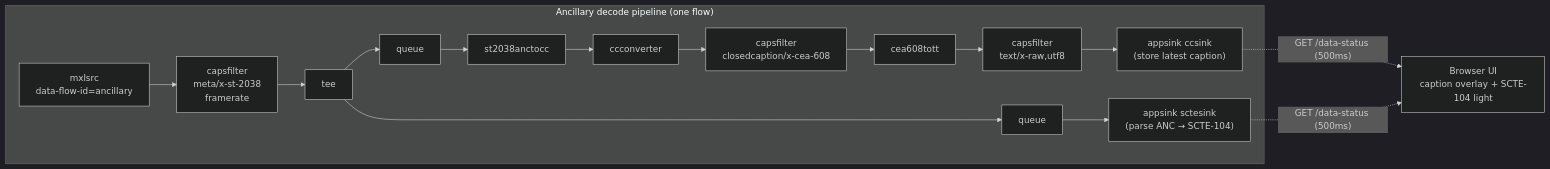
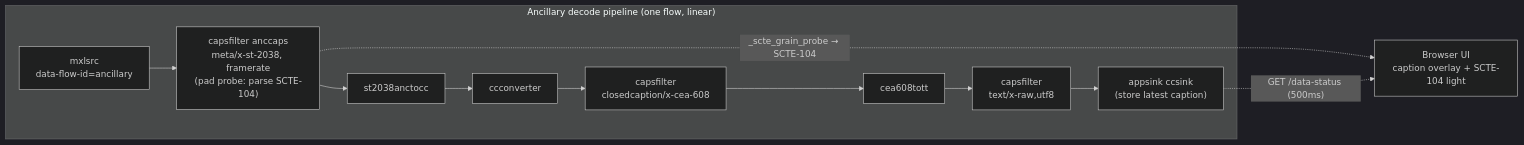
The fourth of 8 diagrams in gst-apps/gstreamer-pipeline.md (cbcrc/mxl-hands-on), drawn with Mermaid (dark theme) before and after one commit. The commit also changed other lines of this file and 4 other files, not shown here.

````diff
--- a/gst-apps/gstreamer-pipeline.md
+++ b/gst-apps/gstreamer-pipeline.md
@@ -376,24 +400,18 @@
 ```mermaid
 flowchart LR
-    subgraph anc_pipeline["Ancillary decode pipeline (one flow)"]
+    subgraph anc_pipeline["Ancillary decode pipeline (one flow, linear)"]
         ancsrc["mxlsrc\ndata-flow-id=ancillary"]
-        anccaps["capsfilter\nmeta/x-st-2038\nframerate"]
-        tee["tee"]
-        ccq["queue"]
+        anccaps["capsfilter anccaps\nmeta/x-st-2038, framerate\n(pad probe: parse SCTE-104)"]
         anctocc["st2038anctocc"]
         ccconv["ccconverter"]
         c608["capsfilter\nclosedcaption/x-cea-608"]
         cea608tott["cea608tott"]
         ctext["capsfilter\ntext/x-raw,utf8"]
         ccsink["appsink ccsink\n(store latest caption)"]
-        scq["queue"]
-        scsink["appsink sctesink\n(parse ANC → SCTE-104)"]
 
-        ancsrc --> anccaps --> tee
-        tee --> ccq --> anctocc --> ccconv --> c608 --> cea608tott --> ctext --> ccsink
-        tee --> scq --> scsink
+        ancsrc --> anccaps --> anctocc --> ccconv --> c608 --> cea608tott --> ctext --> ccsink
     end
 
-    ccsink -. "GET /data-status (500ms)" .-> ui["Browser UI\ncaption overlay + SCTE-104 light"]
-    scsink -. "GET /data-status (500ms)" .-> ui
+    anccaps -. "_scte_grain_probe → SCTE-104" .-> ui["Browser UI\ncaption overlay + SCTE-104 light"]
+    ccsink -. "GET /data-status (500ms)" .-> ui
 ```
````
